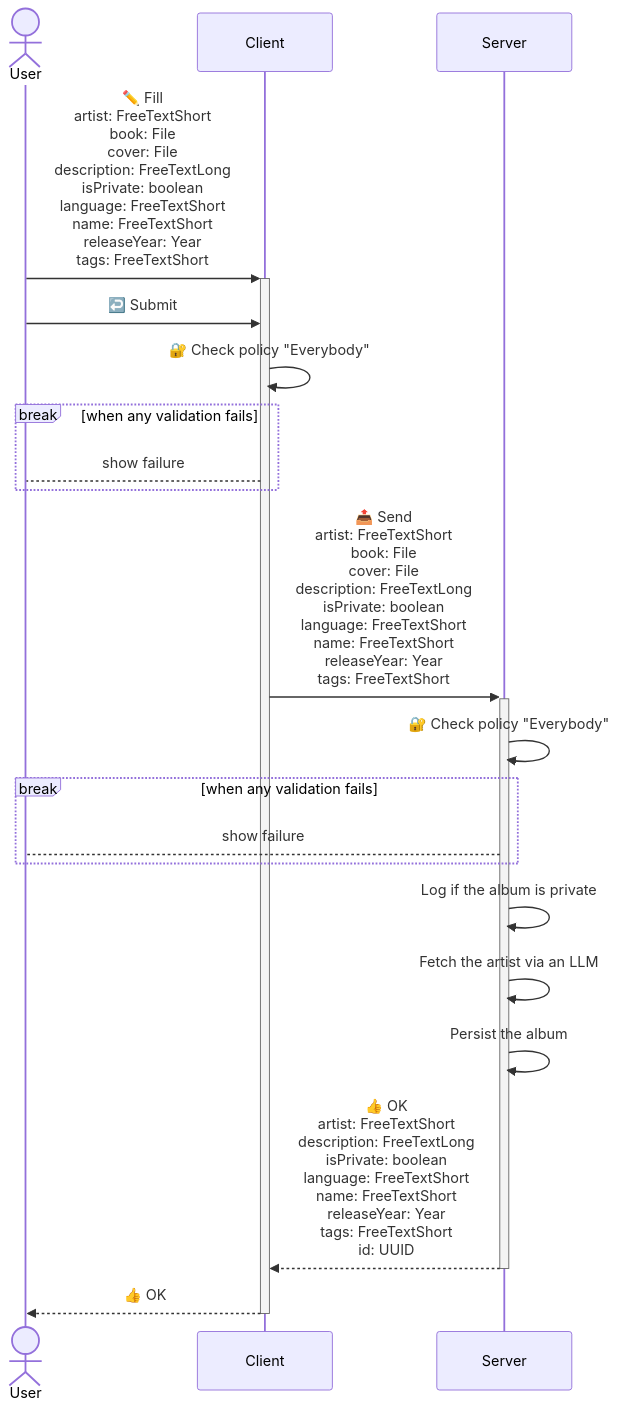
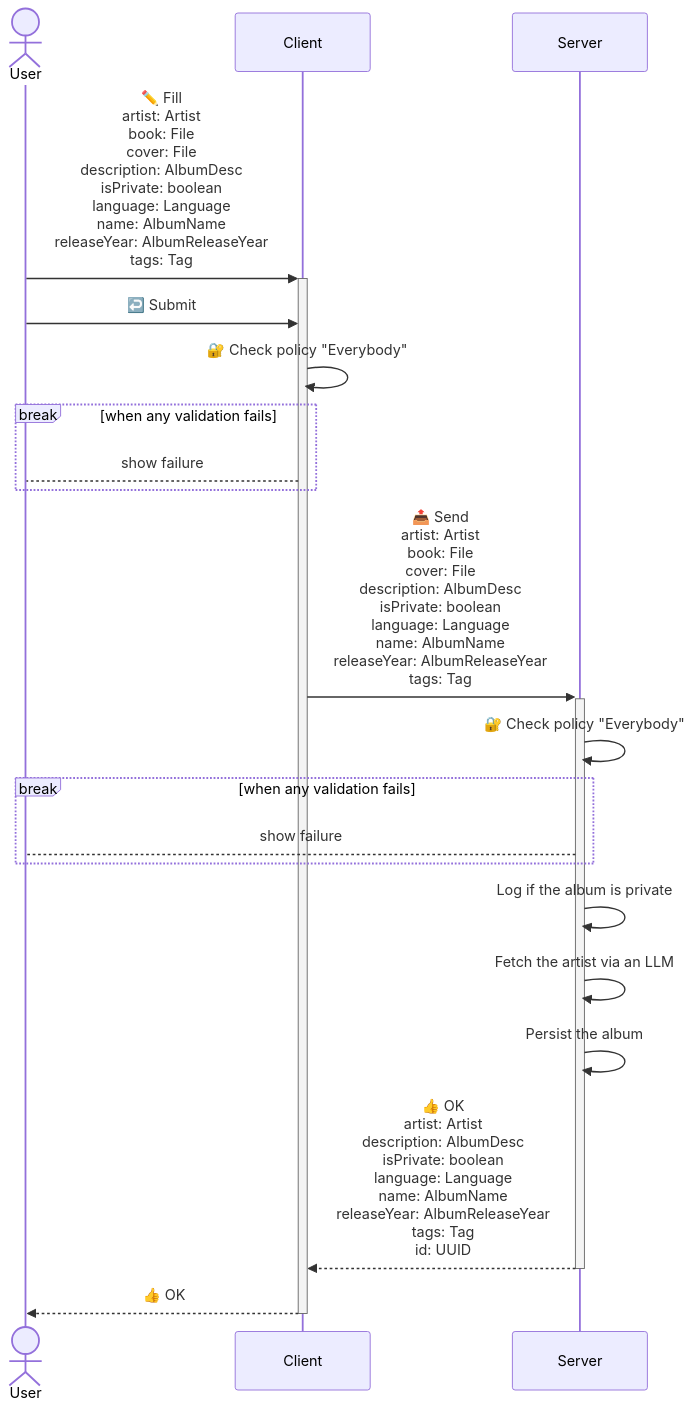
One commit to c100k/libmodulor changed the first of 6 diagrams in examples/apps/Spotify/README.md. Above: the diagram before and after it, drawn with Mermaid. The commit also changed other lines of this file and 23 other files, not shown here.

````diff
--- a/examples/apps/Spotify/README.md
+++ b/examples/apps/Spotify/README.md
@@ -52,20 +52,20 @@
 ```mermaid
 sequenceDiagram
     actor User
-    User->>+Client: ✏️ Fill<br/>artist: FreeTextShort<br/>book: File<br/>cover: File<br/>description: FreeTextLong<br/>isPrivate: boolean<br/>language: FreeTextShort<br/>name: FreeTextShort<br/>releaseYear: Year<br/>tags: FreeTextShort
+    User->>+Client: ✏️ Fill<br/>artist: Artist<br/>book: File<br/>cover: File<br/>description: AlbumDesc<br/>isPrivate: boolean<br/>language: Language<br/>name: AlbumName<br/>releaseYear: AlbumReleaseYear<br/>tags: Tag
     User->>Client: ↩️ Submit
     Client->>Client: 🔐 Check policy "Everybody"
     break when any validation fails
         Client-->User: show failure
     end
-    Client->>+Server: 📤 Send<br/>artist: FreeTextShort<br/>book: File<br/>cover: File<br/>description: FreeTextLong<br/>isPrivate: boolean<br/>language: FreeTextShort<br/>name: FreeTextShort<br/>releaseYear: Year<br/>tags: FreeTextShort
+    Client->>+Server: 📤 Send<br/>artist: Artist<br/>book: File<br/>cover: File<br/>description: AlbumDesc<br/>isPrivate: boolean<br/>language: Language<br/>name: AlbumName<br/>releaseYear: AlbumReleaseYear<br/>tags: Tag
     Server->>Server: 🔐 Check policy "Everybody"
     break when any validation fails
         Server-->User: show failure
     end
     Server->>Server: Log if the album is private
     Server->>Server: Fetch the artist via an LLM
     Server->>Server: Persist the album
-    Server-->>-Client: 👍 OK<br/>artist: FreeTextShort<br/>description: FreeTextLong<br/>isPrivate: boolean<br/>language: FreeTextShort<br/>name: FreeTextShort<br/>releaseYear: Year<br/>tags: FreeTextShort<br/>id: UUID
+    Server-->>-Client: 👍 OK<br/>artist: Artist<br/>description: AlbumDesc<br/>isPrivate: boolean<br/>language: Language<br/>name: AlbumName<br/>releaseYear: AlbumReleaseYear<br/>tags: Tag<br/>id: UUID
     Client-->>-User: 👍 OK
 ```
````
